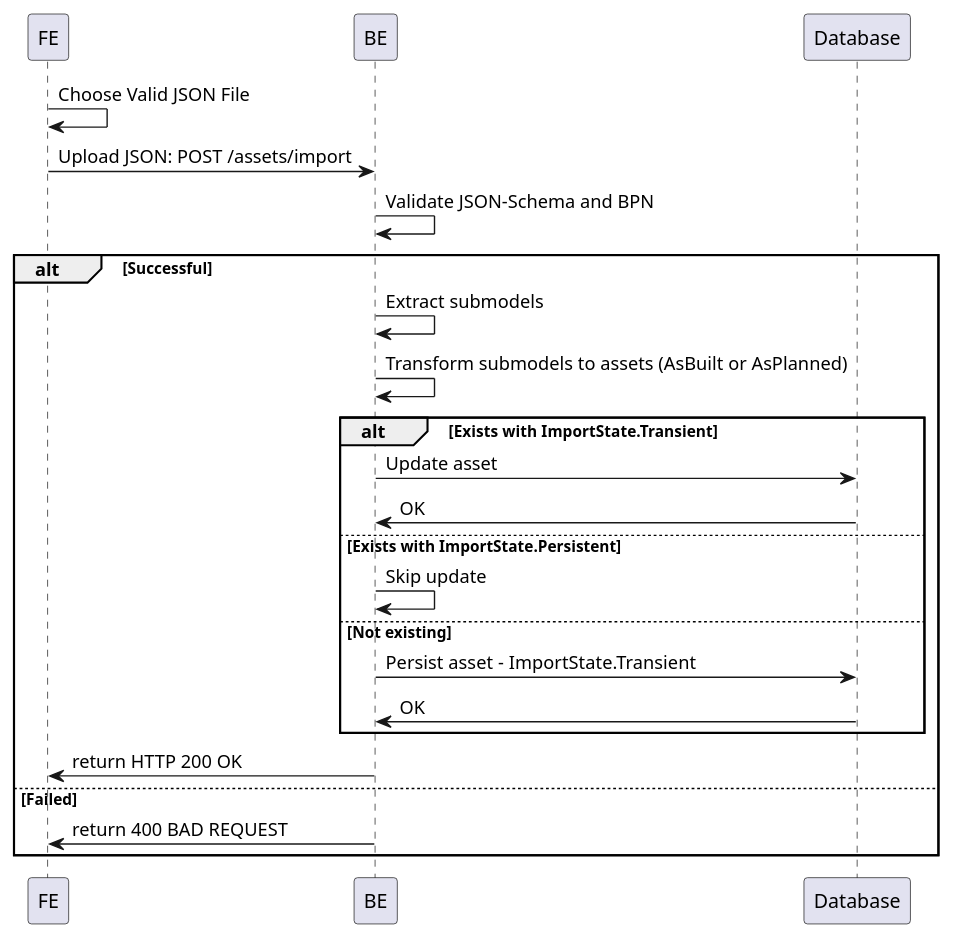
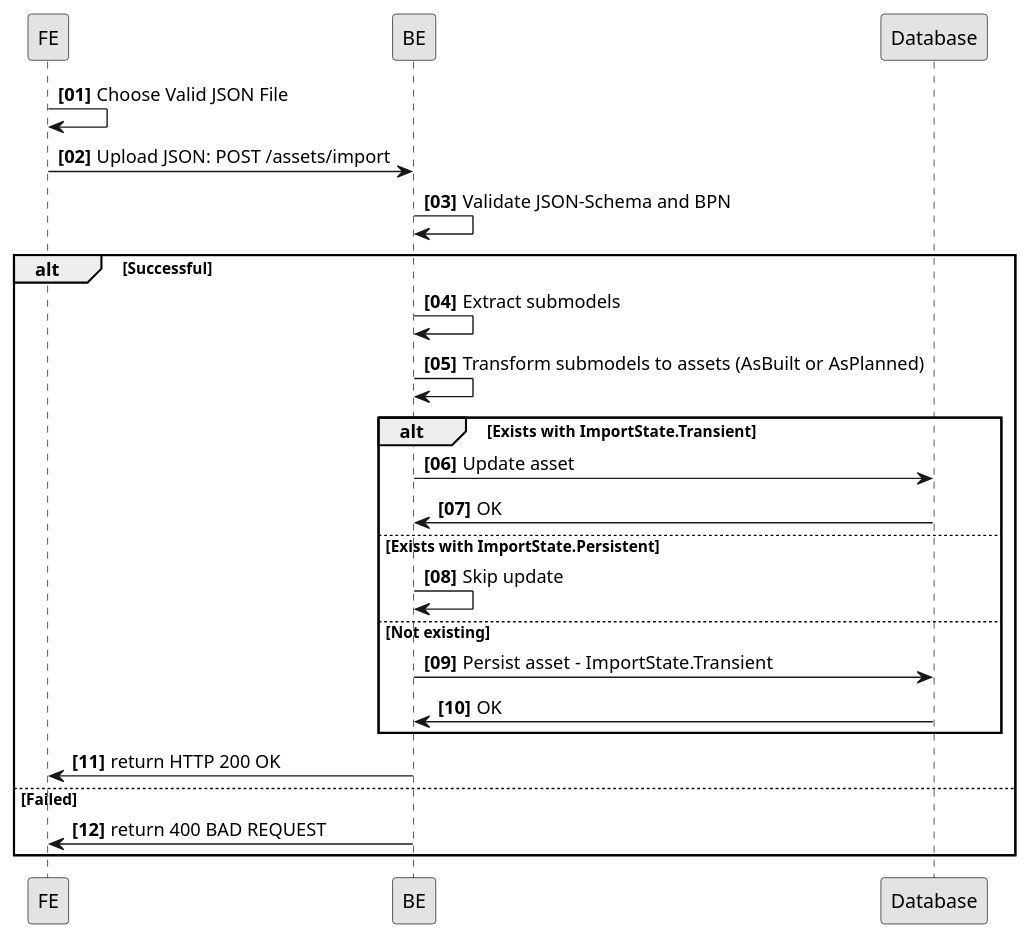
Before and after one commit to eclipse-tractusx/traceability-foss: the diagram in docs/src/uml-diagrams/arc42/runtime-view/data-provisioning/trace-x-data-import-interface-modul1-sequence.puml, drawn with PlantUML. The commit also changed 7 other files, not shown here.

Commit message:
fix(docu):[#1108] corect publishing flow

```diff
--- a/docs/src/uml-diagrams/arc42/runtime-view/data-provisioning/trace-x-data-import-interface-modul1-sequence.puml
+++ b/docs/src/uml-diagrams/arc42/runtime-view/data-provisioning/trace-x-data-import-interface-modul1-sequence.puml
@@ -1,28 +1,34 @@
 @startuml
+autonumber "<B>[00]"
+skinparam monochrome true
+skinparam shadowing false
+skinparam defaultFontName "Architects daughter"
+skinparam linetype ortho
+
 participant FE
 participant BE
 participant Database
 
 FE -> FE: Choose Valid JSON File
 FE -> BE: Upload JSON: POST /assets/import
 BE -> BE: Validate JSON-Schema and BPN
 alt Successful
 BE -> BE: Extract submodels
 BE -> BE: Transform submodels to assets (AsBuilt or AsPlanned)
 alt Exists with ImportState.Transient
 BE -> Database: Update asset
 Database -> BE: OK
 else Exists with ImportState.Persistent
     BE -> BE: Skip update
 else Not existing
     BE -> Database: Persist asset - ImportState.Transient
     Database -> BE: OK
 end
 BE -> FE: return HTTP 200 OK
 else Failed
     BE -> FE: return 400 BAD REQUEST
 end
 
 
 
 @enduml
```
